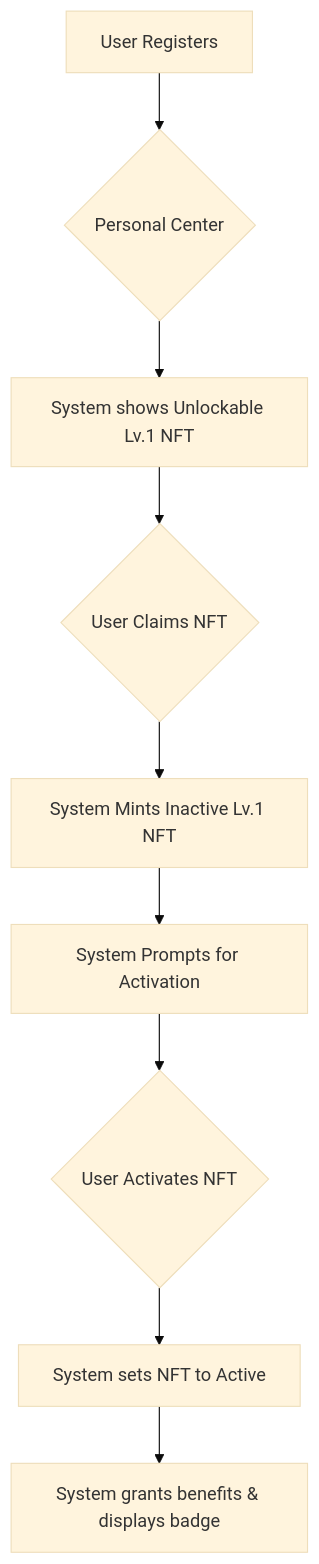
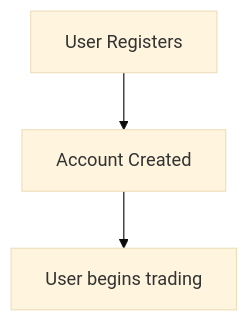
Before and after one commit to ljg-cqu/aiw3-nft-solana: the second of 6 diagrams in docs/manual.md, drawn with Mermaid (base theme). The commit also changed other lines of this file, not shown here.

Commit message:
docs: Update NFT progression model to trading volume based acquisition

````diff
--- a/docs/manual.md
+++ b/docs/manual.md
@@ -57,11 +54,5 @@
 ```mermaid
 graph TD
-    A[User Registers] --> B{Personal Center};
-    B --> C[System shows Unlockable Lv.1 NFT];
-    C --> D{User Claims NFT};
-    D --> E[System Mints Inactive Lv.1 NFT];
-    E --> F[System Prompts for Activation];
-    F --> G{User Activates NFT};
-    G --> H[System sets NFT to Active];
-    H --> I[System grants benefits & displays badge];
+    A[User Registers] --> B[Account Created];
+    B --> C[User begins trading];
 ```
````
